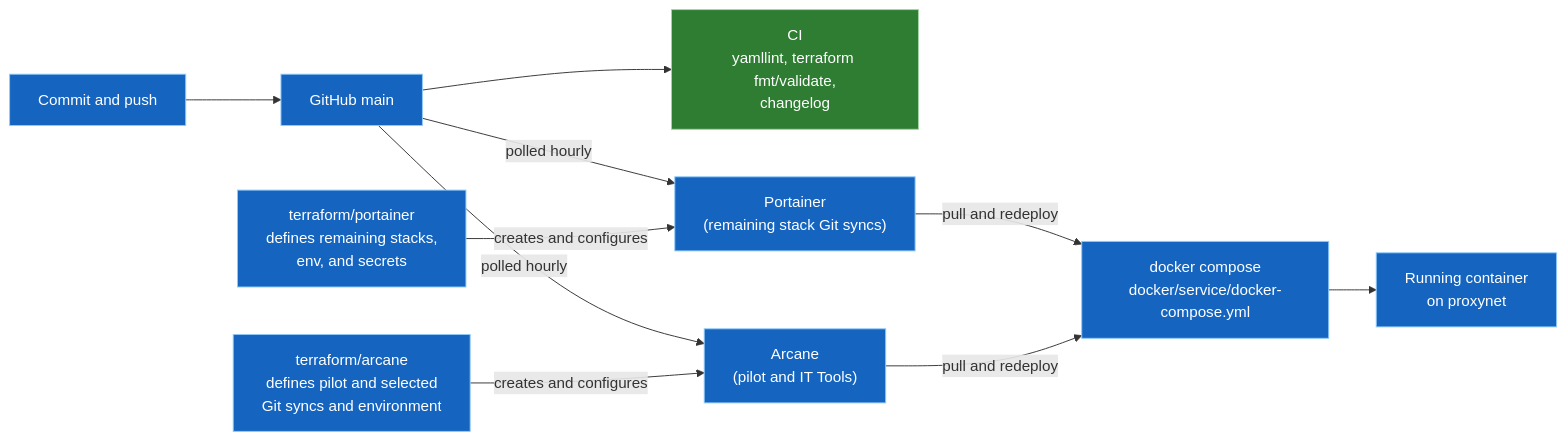
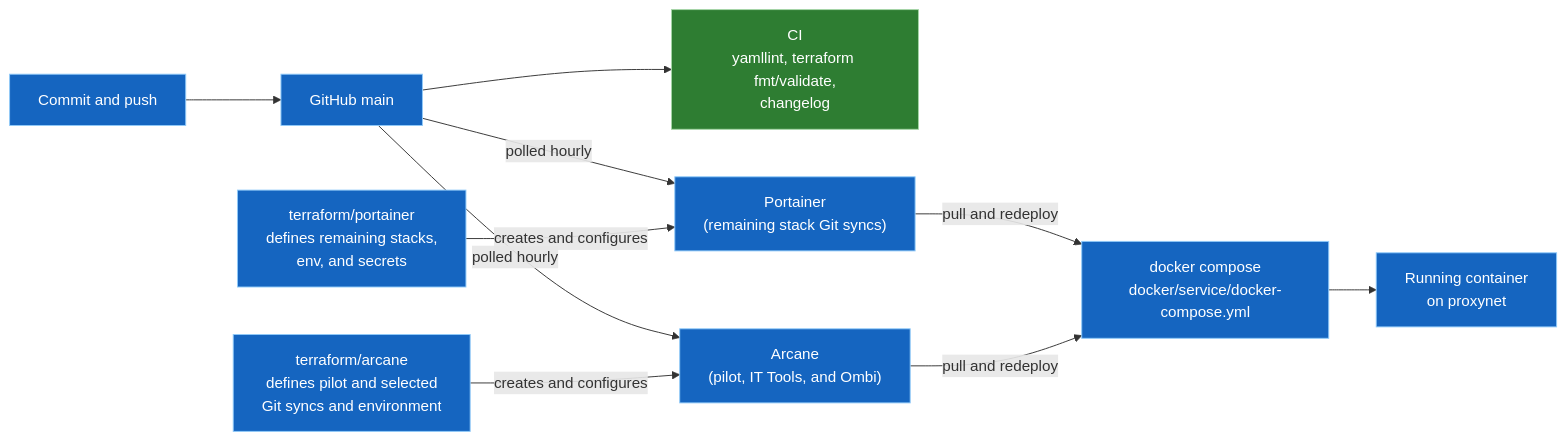
Before and after one commit to locus313/homelab-gitops: the second of 4 diagrams in docs/architecture.md, drawn with Mermaid. The commit also changed other lines of this file, not shown here.

Commit message:
docs(docs/architecture): reflect Ombi Arcane migration (#497)

````diff
--- a/docs/architecture.md
+++ b/docs/architecture.md
@@ -47,15 +47,15 @@
 ```mermaid
 graph LR
     classDef step fill:#1565c0,stroke:#90caf9,color:#fff
     classDef ci fill:#2e7d32,stroke:#a5d6a7,color:#fff
 
     DEV["Commit and push"]:::step --> MAIN["GitHub main"]:::step
     MAIN --> CI["CI<br/>yamllint, terraform fmt/validate,<br/>changelog"]:::ci
     MAIN -->|polled hourly| PORT["Portainer<br/>(remaining stack Git syncs)"]:::step
-    MAIN -->|polled hourly| ARC["Arcane<br/>(pilot and IT Tools)"]:::step
+    MAIN -->|polled hourly| ARC["Arcane<br/>(pilot, IT Tools, and Ombi)"]:::step
     TFP["terraform/portainer<br/>defines remaining stacks,<br/>env, and secrets"]:::step -->|creates and configures| PORT
     TFA["terraform/arcane<br/>defines pilot and selected<br/>Git syncs and environment"]:::step -->|creates and configures| ARC
     PORT -->|pull and redeploy| COMPOSE["docker compose<br/>docker/service/docker-compose.yml"]:::step
     ARC -->|pull and redeploy| COMPOSE
     COMPOSE --> RUN["Running container<br/>on proxynet"]:::step
 ```
````
